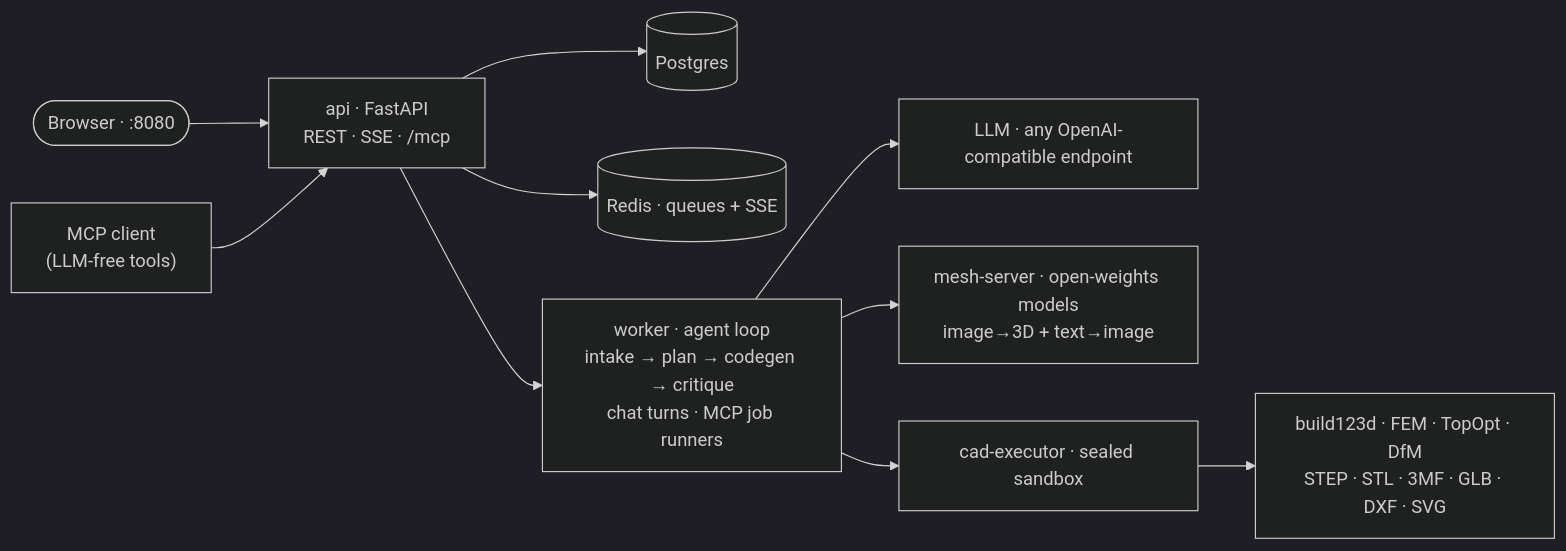
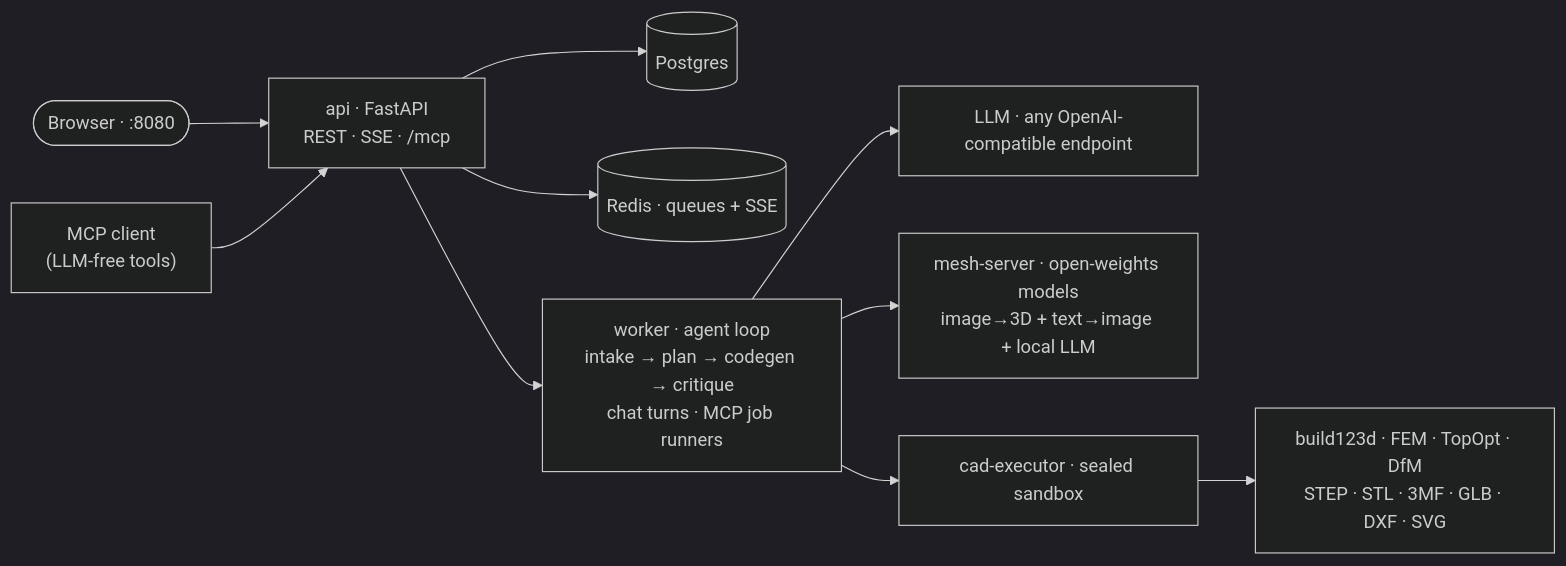
The diagram in README.md (maxk2222/cadx), drawn with Mermaid (dark theme) before and after one commit. The commit also changed other lines of this file and 7 other files, not shown here.

````diff
--- a/README.md
+++ b/README.md
@@ -194,12 +197,12 @@
 ```mermaid
 flowchart LR
     browser(["Browser · :8080"]) --> api["api · FastAPI<br/>REST · SSE · /mcp"]
     mcp["MCP client<br/>(LLM-free tools)"] --> api
     api --> db[("Postgres")]
     api --> redis[("Redis · queues + SSE")]
     api --> worker["worker · agent loop<br/>intake → plan → codegen → critique<br/>chat turns · MCP job runners"]
     worker --> llm["LLM · any OpenAI-compatible endpoint"]
-    worker --> mesh["mesh-server · open-weights models<br/>image→3D + text→image"]
+    worker --> mesh["mesh-server · open-weights models<br/>image→3D + text→image + local LLM"]
     worker --> exec["cad-executor · sealed sandbox"]
     exec --> out["build123d · FEM · TopOpt · DfM<br/>STEP · STL · 3MF · GLB · DXF · SVG"]
 ```
````
